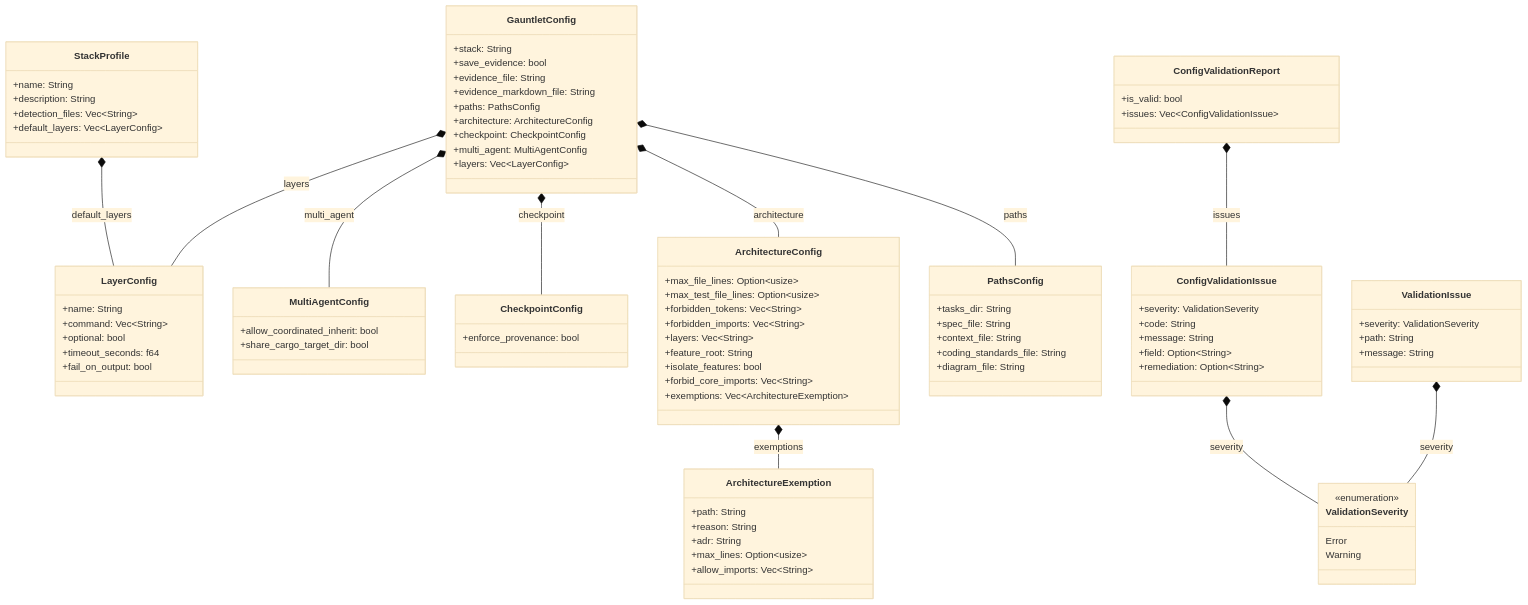
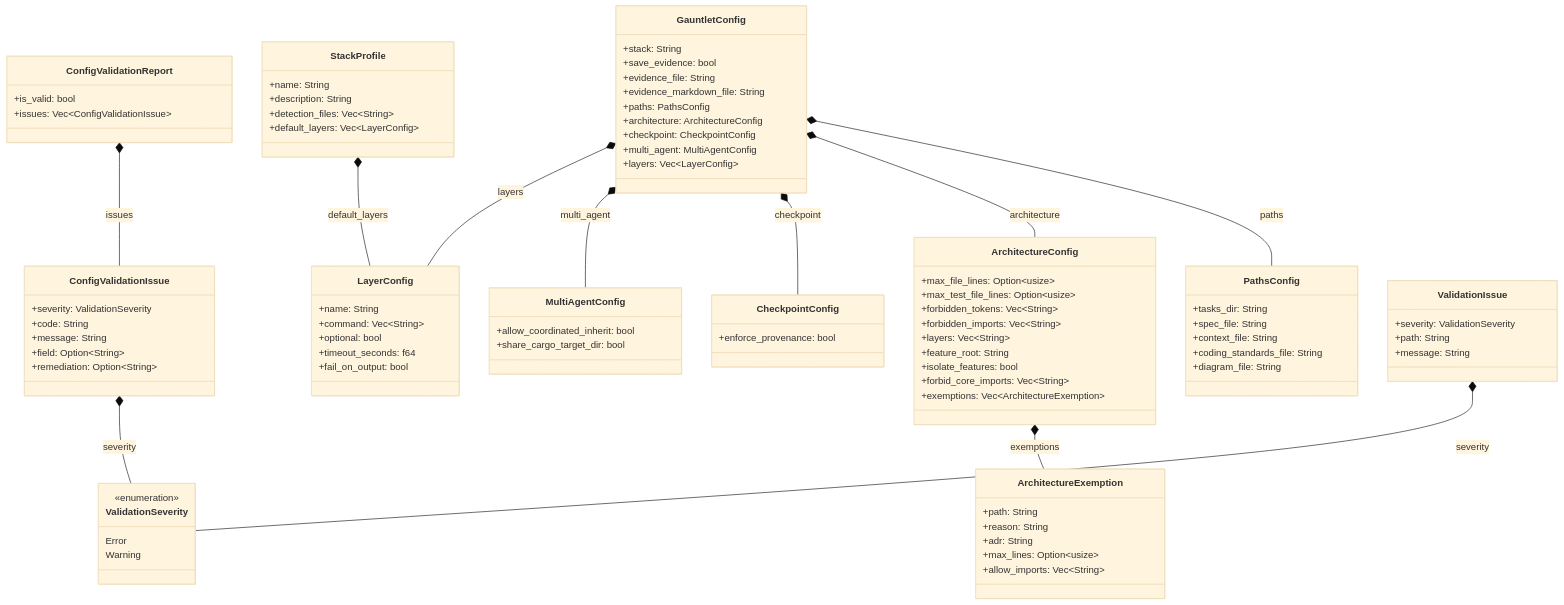
One commit to rolfmadsen/xgauntlet changed the diagram in docs/architecture/config.md. Above: the diagram before and after it, drawn with Mermaid (base theme). The commit also changed other lines of this file and 33 other files, not shown here.

````diff
--- a/docs/architecture/config.md
+++ b/docs/architecture/config.md
@@ -101,14 +101,14 @@
         Warning
     }
 
-    ConfigValidationReport *-- ConfigValidationIssue : issues
-    ConfigValidationIssue *-- ValidationSeverity : severity
-    ArchitectureConfig *-- ArchitectureExemption : exemptions
     GauntletConfig *-- PathsConfig : paths
     GauntletConfig *-- ArchitectureConfig : architecture
     GauntletConfig *-- CheckpointConfig : checkpoint
     GauntletConfig *-- MultiAgentConfig : multi_agent
     GauntletConfig *-- LayerConfig : layers
+    ArchitectureConfig *-- ArchitectureExemption : exemptions
+    ConfigValidationReport *-- ConfigValidationIssue : issues
     ValidationIssue *-- ValidationSeverity : severity
+    ConfigValidationIssue *-- ValidationSeverity : severity
     StackProfile *-- LayerConfig : default_layers
 ```
````
